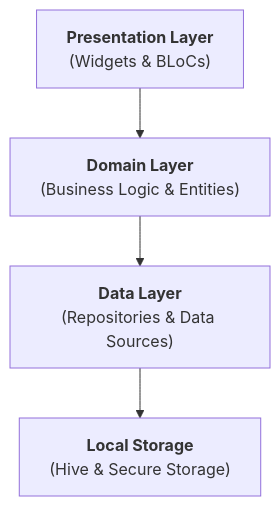
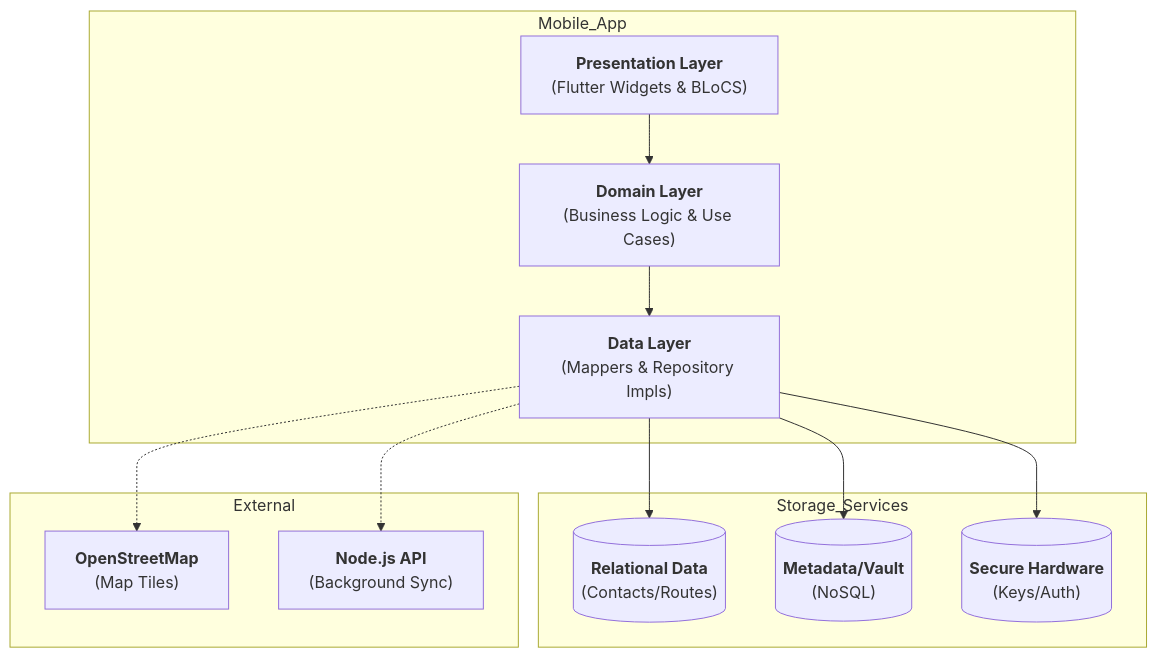
The diagram in README.md (rajkrish0608/Offline-Survival-Companion), drawn with Mermaid before and after one commit. The commit also changed other lines of this file and 1 other file, not shown here.

Commit message:
docs: upgrade README with professional tech stack visual, architecture diagram, and detailed features

````diff
--- a/README.md
+++ b/README.md
@@ -53,6 +63,29 @@
 ```mermaid
 graph TD
-    UI["<b>Presentation Layer</b><br/>(Widgets & BLoCs)"] --> Domain["<b>Domain Layer</b><br/>(Business Logic & Entities)"]
-    Domain --> Data["<b>Data Layer</b><br/>(Repositories & Data Sources)"]
-    Data --> Local["<b>Local Storage</b><br/>(Hive & Secure Storage)"]
+    subgraph Mobile_App
+        UI["<b>Presentation Layer</b><br/>(Flutter Widgets & BLoCS)"]
+        Domain["<b>Domain Layer</b><br/>(Business Logic & Use Cases)"]
+        Data["<b>Data Layer</b><br/>(Mappers & Repository Impls)"]
+        
+        UI --> Domain
+        Domain --> Data
+    end
+    
+    subgraph Storage_Services
+        SQLite[("<b>Relational Data</b><br/>(Contacts/Routes)")]
+        Hive[("<b>Metadata/Vault</b><br/>(NoSQL)")]
+        Secure[("<b>Secure Hardware</b><br/>(Keys/Auth)")]
+        
+        Data --> SQLite
+        Data --> Hive
+        Data --> Secure
+    end
+    
+    subgraph External
+        OSM["<b>OpenStreetMap</b><br/>(Map Tiles)"]
+        NodeJS["<b>Node.js API</b><br/>(Background Sync)"]
+        
+        Data -.-> OSM
+        Data -.-> NodeJS
+    end
 ```
````
